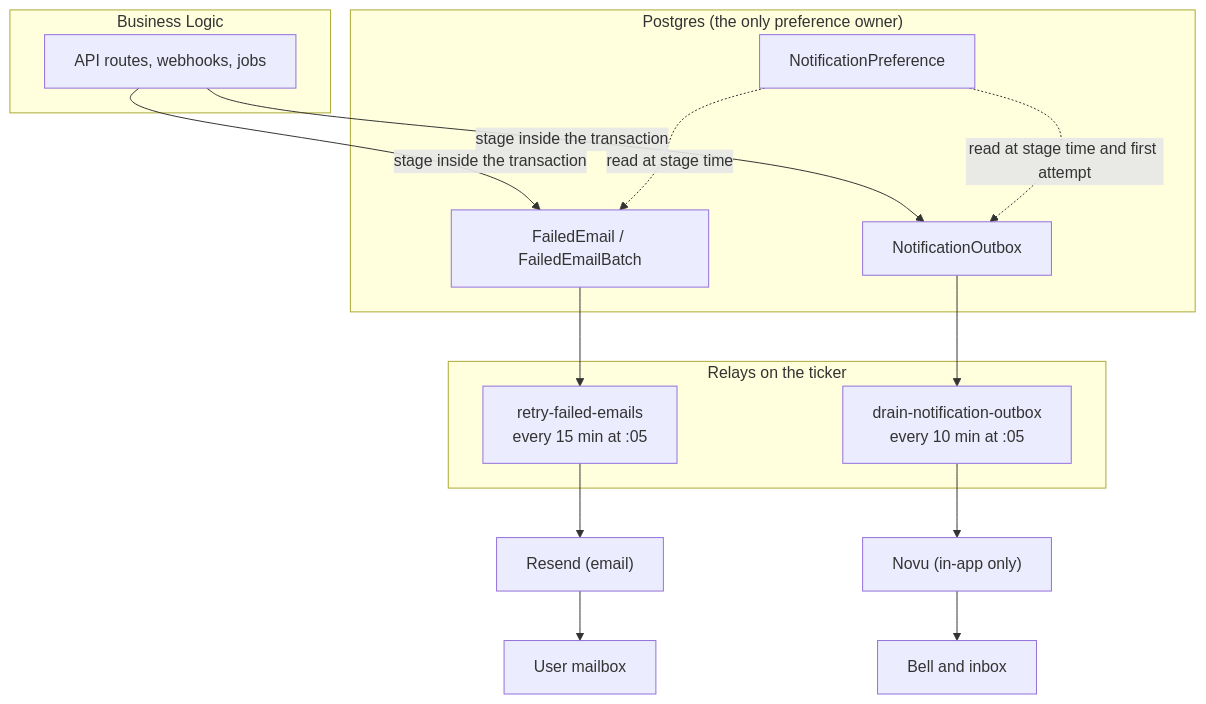
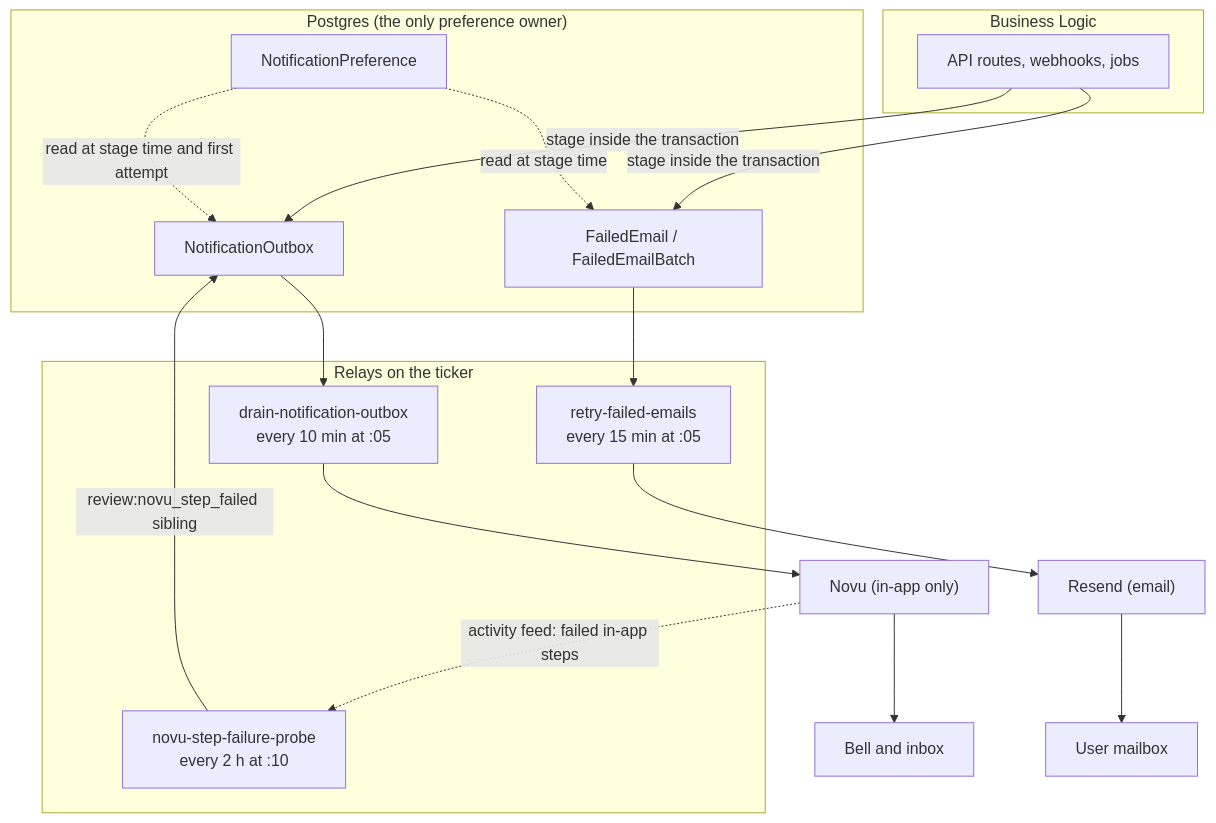
Before and after one commit to Practitionist/familiarise_web: the diagram in docs/notifications/README.md, drawn with Mermaid. The commit also changed 16 other files, not shown here.

First line of the commit message:
docs(notifications): decision 16, the step-failure probe and the deleted webhook

````diff
--- a/docs/notifications/README.md
+++ b/docs/notifications/README.md
@@ -7,26 +7,29 @@
 ```mermaid
 graph TD
     subgraph "Business Logic"
         A["API routes, webhooks, jobs"]
     end
 
     subgraph "Postgres (the only preference owner)"
         P["NotificationPreference"]
         FE["FailedEmail / FailedEmailBatch"]
         NO["NotificationOutbox"]
     end
 
     subgraph "Relays on the ticker"
         R1["retry-failed-emails<br/>every 15 min at :05"]
         R2["drain-notification-outbox<br/>every 10 min at :05"]
+        R3["novu-step-failure-probe<br/>every 2 h at :10"]
     end
 
     A -->|"stage inside the transaction"| FE
     A -->|"stage inside the transaction"| NO
     P -.->|"read at stage time and first attempt"| NO
     P -.->|"read at stage time"| FE
     FE --> R1 --> B["Resend (email)"]
     NO --> R2 --> C["Novu (in-app only)"]
     C --> D["Bell and inbox"]
+    C -.->|"activity feed: failed in-app steps"| R3
+    R3 -->|"review:novu_step_failed sibling"| NO
     B --> F["User mailbox"]
 ```
````
